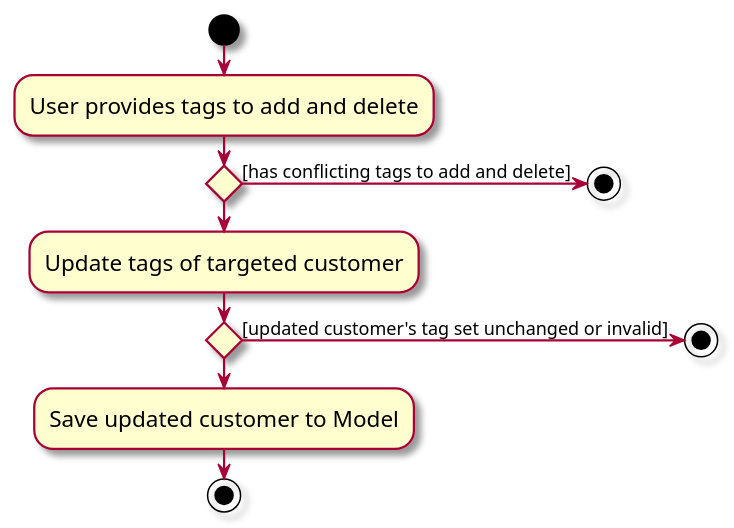
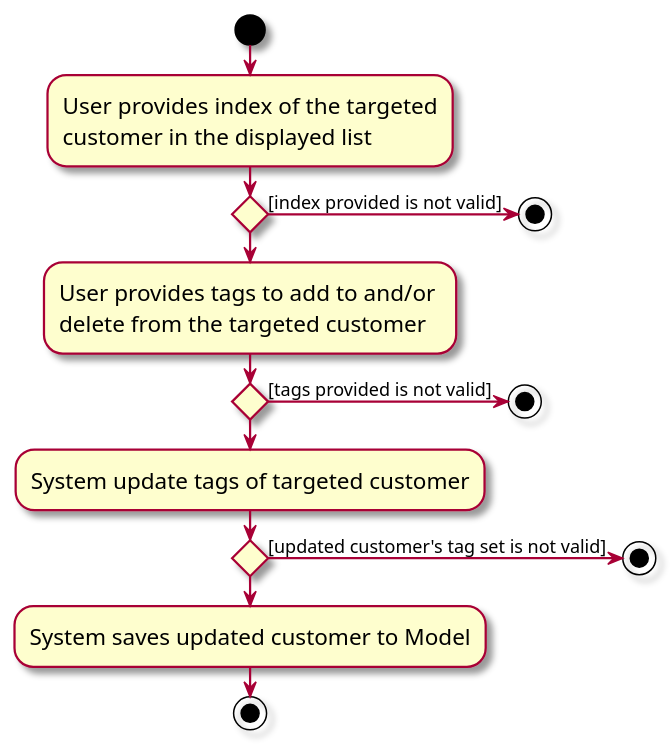
One commit to yucongkoo/tp changed the diagram in diagrams/tag-feature/ExecuteActivityDiagram.puml. Above: the diagram before and after it, drawn with PlantUML. The commit also changed 55 other files, not shown here.

```diff
--- a/diagrams/tag-feature/ExecuteActivityDiagram.puml
+++ b/diagrams/tag-feature/ExecuteActivityDiagram.puml
@@ -1,21 +1,29 @@
 @startuml
 skin rose
 skinparam ActivityFontSize 15
 skinparam ArrowFontSize 12
 start
-:User provides tags to add and delete;
+:User provides index of the targeted
+customer in the displayed list;
 
-'Since the beta syntax does not support placing the condition outside the
-'diamond we place it as the true branch instead.
 if () then
-    :Update tags of targeted customer;
+    :User provides tags to add to and/or \ndelete from the targeted customer;
+
+    'Since the beta syntax does not support placing the condition outside the
+    'diamond we place it as the true branch instead.
     if () then
-    :Save updated customer to Model;
-    else ([updated customer's tag set unchanged or invalid])
+        :System update tags of targeted customer;
+        if () then
+        :System saves updated customer to Model;
+        else ([updated customer's tag set is not valid])
+            stop
+        endif
+        stop
+    else ([tags provided is not valid])
         stop
     endif
-    stop
-else ([has conflicting tags to add and delete])
+else ([index provided is not valid])
     stop
 endif
+
 @enduml
```
